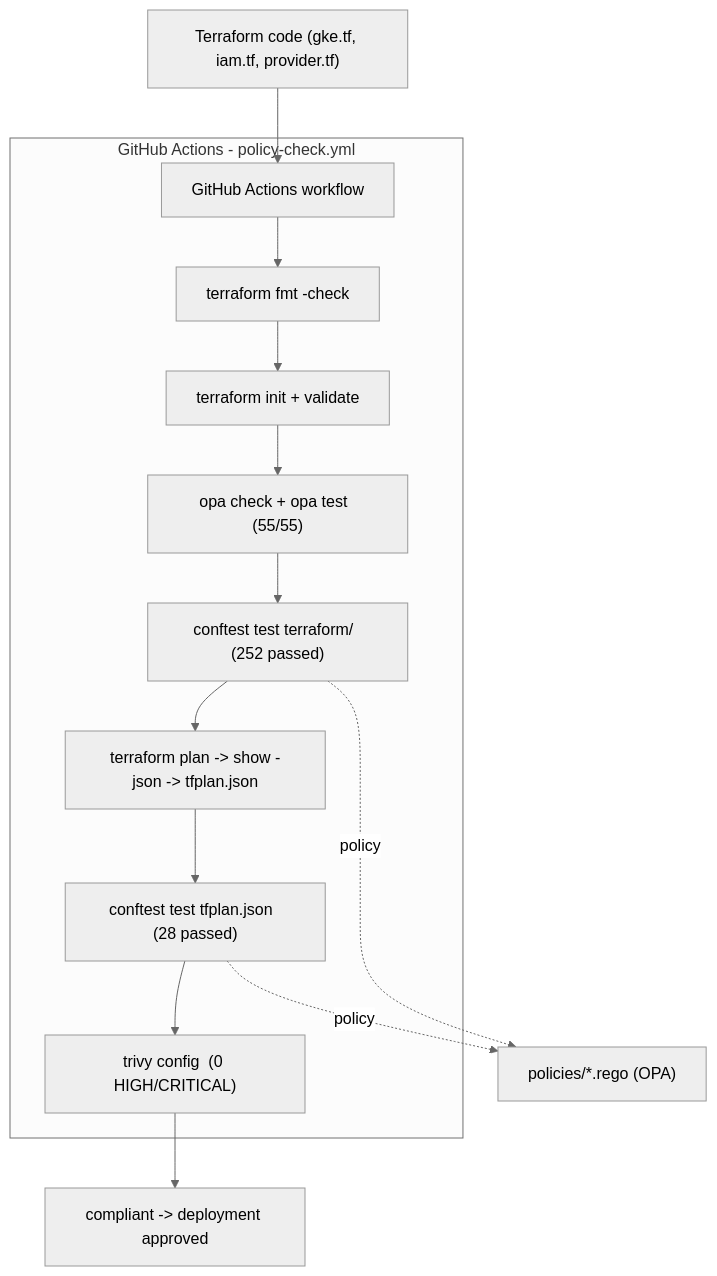
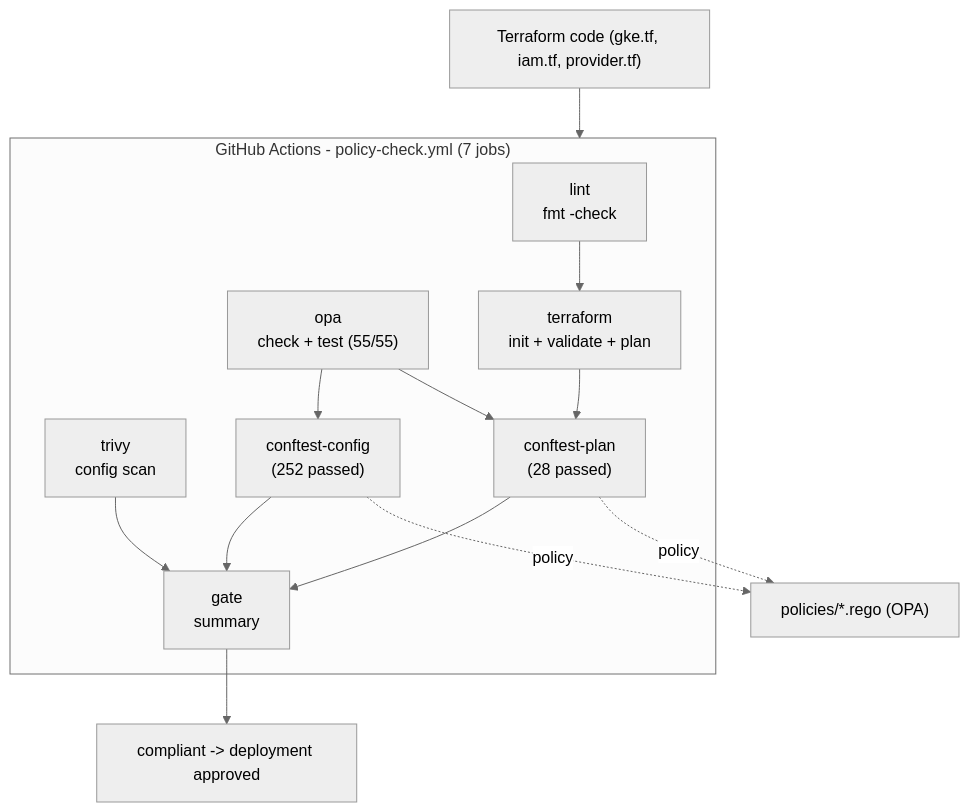
The diagram in README.md (VurumuMahesh15/gcp-policy-as-code), drawn with Mermaid (neutral theme) before and after one commit. The commit also changed other lines of this file and 1 other file, not shown here.

Commit message:
ci: split policy-check into 7-job DAG

````diff
--- a/README.md
+++ b/README.md
@@ -15,16 +15,23 @@
 ```mermaid
 flowchart TB
-    A["Terraform code (gke.tf, iam.tf, provider.tf)"] --> B["GitHub Actions workflow"]
-    subgraph CI["GitHub Actions - policy-check.yml"]
-        B --> C["terraform fmt -check"]
-        C --> D["terraform init + validate"]
-        D --> E["opa check + opa test  (55/55)"]
-        E --> F["conftest test terraform/  (252 passed)"]
-        F --> G["terraform plan -> show -json -> tfplan.json"]
-        G --> H["conftest test tfplan.json  (28 passed)"]
-        H --> I["trivy config  (0 HIGH/CRITICAL)"]
+    A["Terraform code (gke.tf, iam.tf, provider.tf)"] --> CI
+    subgraph CI["GitHub Actions - policy-check.yml (7 jobs)"]
+        L["lint<br/>fmt -check"]
+        T["trivy<br/>config scan"]
+        O["opa<br/>check + test (55/55)"]
+        TF["terraform<br/>init + validate + plan"]
+        CC["conftest-config<br/>(252 passed)"]
+        CP["conftest-plan<br/>(28 passed)"]
+        G["gate<br/>summary"]
+        L --> TF
+        O --> CC
+        TF --> CP
+        O --> CP
+        T --> G
+        CC --> G
+        CP --> G
     end
-    I --> J["compliant -> deployment approved"]
-    F -. policy .-> P["policies/*.rego (OPA)"]
-    H -. policy .-> P
+    G --> J["compliant -> deployment approved"]
+    CC -. policy .-> P["policies/*.rego (OPA)"]
+    CP -. policy .-> P
 ```
````
